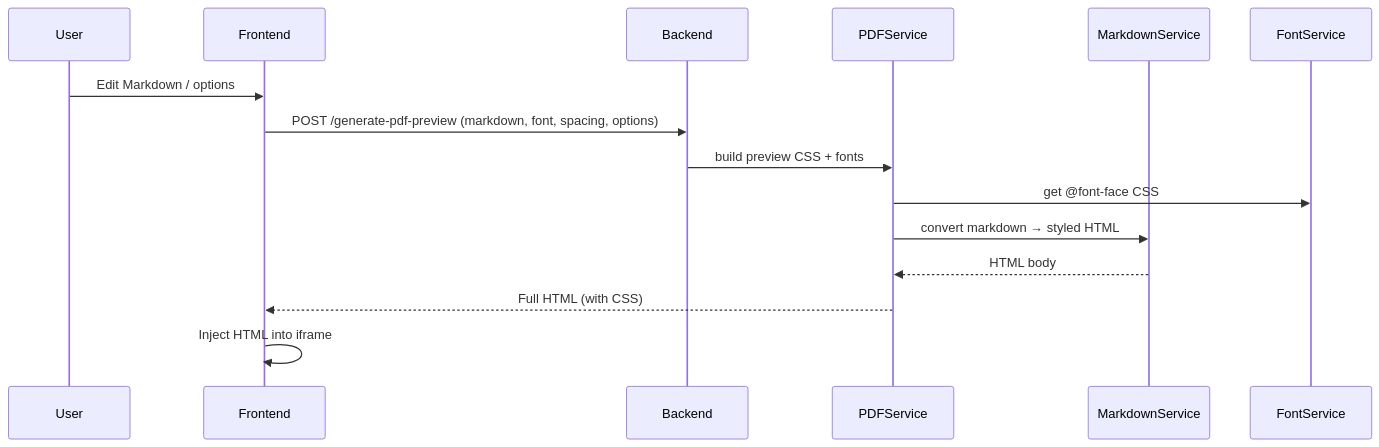
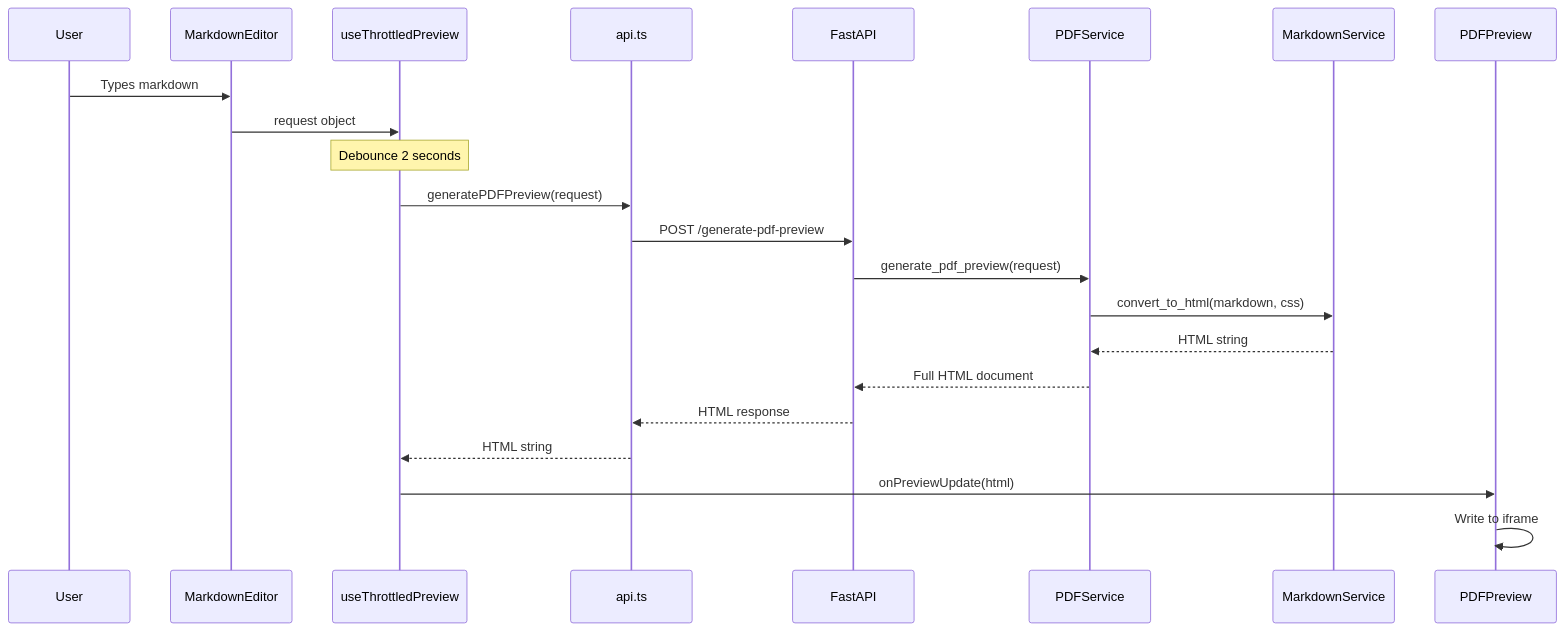
The diagram in docs/diagrams/sources/architecture-sequencediagram-4.mmd (astral-matrix/markdown-to-pdf), drawn with Mermaid before and after one commit. The commit also changed 23 other files, not shown here.

First line of the commit message:
Architecture and Spec Regenerated

```diff
--- a/docs/diagrams/sources/architecture-sequencediagram-4.mmd
+++ b/docs/diagrams/sources/architecture-sequencediagram-4.mmd
@@ -1,16 +1,23 @@
 sequenceDiagram
-  participant User
-  participant Frontend
-  participant Backend
-  participant PDFService
-  participant MarkdownService
-  participant FontService
+    participant User
+    participant Editor as MarkdownEditor
+    participant Hook as useThrottledPreview
+    participant API as api.ts
+    participant Backend as FastAPI
+    participant PDF as PDFService
+    participant MD as MarkdownService
+    participant Preview as PDFPreview
 
-  User->>Frontend: Edit Markdown / options
-  Frontend->>Backend: POST /generate-pdf-preview (markdown, font, spacing, options)
-  Backend->>PDFService: build preview CSS + fonts
-  PDFService->>FontService: get @font-face CSS
-  PDFService->>MarkdownService: convert markdown → styled HTML
-  MarkdownService-->>PDFService: HTML body
-  PDFService-->>Frontend: Full HTML (with CSS)
-  Frontend->>Frontend: Inject HTML into iframe
+    User->>Editor: Types markdown
+    Editor->>Hook: request object
+    Note over Hook: Debounce 2 seconds
+    Hook->>API: generatePDFPreview(request)
+    API->>Backend: POST /generate-pdf-preview
+    Backend->>PDF: generate_pdf_preview(request)
+    PDF->>MD: convert_to_html(markdown, css)
+    MD-->>PDF: HTML string
+    PDF-->>Backend: Full HTML document
+    Backend-->>API: HTML response
+    API-->>Hook: HTML string
+    Hook->>Preview: onPreviewUpdate(html)
+    Preview->>Preview: Write to iframe
```
